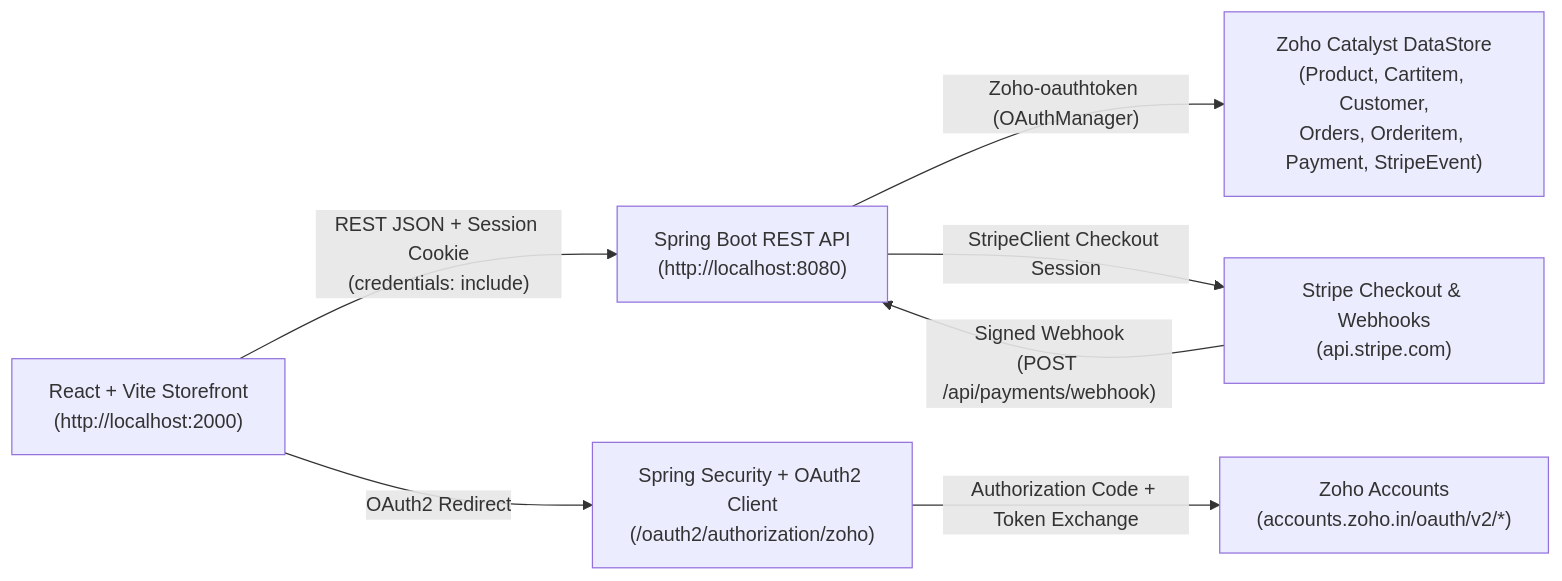
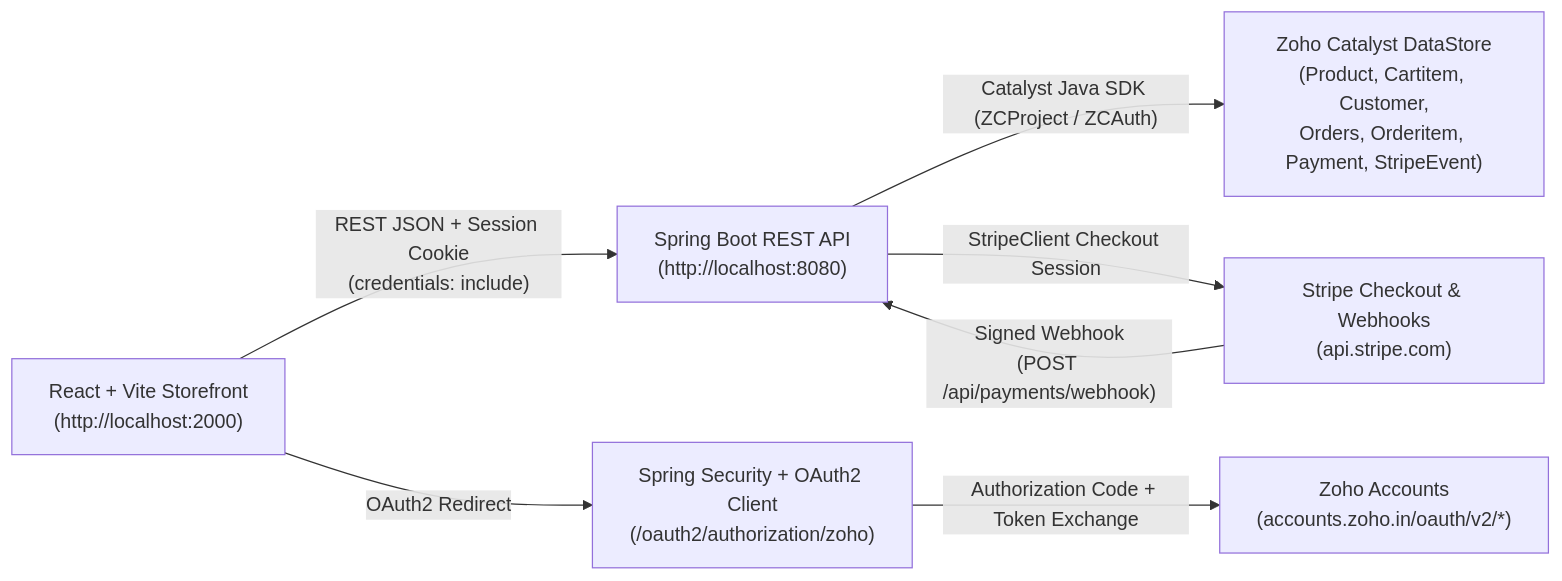
One commit to Not-PK107/Ecommerce_Stripe changed the first of 2 diagrams in README.md. Above: the diagram before and after it, drawn with Mermaid. The commit also changed other lines of this file and 36 other files, not shown here.

````diff
--- a/README.md
+++ b/README.md
@@ -81,16 +81,16 @@
 ```mermaid
 flowchart LR
     Browser["React + Vite Storefront\n(http://localhost:2000)"]
     API["Spring Boot REST API\n(http://localhost:8080)"]
     Security["Spring Security + OAuth2 Client\n(/oauth2/authorization/zoho)"]
     ZohoOAuth["Zoho Accounts\n(accounts.zoho.in/oauth/v2/*)"]
     Catalyst["Zoho Catalyst DataStore\n(Product, Cartitem, Customer,\nOrders, Orderitem, Payment, StripeEvent)"]
     Stripe["Stripe Checkout & Webhooks\n(api.stripe.com)"]
 
     Browser -- "REST JSON + Session Cookie\n(credentials: include)" --> API
     Browser -- "OAuth2 Redirect" --> Security
     Security -- "Authorization Code + Token Exchange" --> ZohoOAuth
-    API -- "Zoho-oauthtoken (OAuthManager)" --> Catalyst
+    API -- "Catalyst Java SDK (ZCProject / ZCAuth)" --> Catalyst
     API -- "StripeClient Checkout Session" --> Stripe
     Stripe -- "Signed Webhook\n(POST /api/payments/webhook)" --> API
 ```
````
